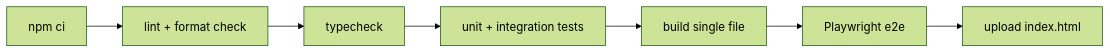
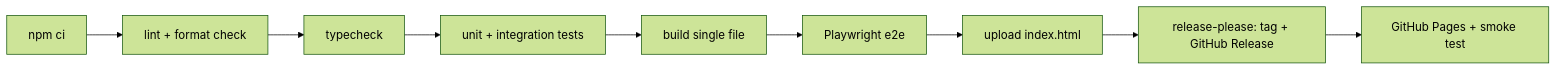
One commit to tdm00/jira-assignment-forecasting changed the diagram in docs/requirements/13-build-and-ci.md. Above: the diagram before and after it, drawn with Mermaid (forest theme). The commit also changed other lines of this file and 9 other files, not shown here.

First line of the commit message:
ci: adopt release-please, Pages deploy and rollback (#17)

````diff
--- a/docs/requirements/13-build-and-ci.md
+++ b/docs/requirements/13-build-and-ci.md
@@ -18,4 +21,4 @@
 ```mermaid
 flowchart LR
-  install["npm ci"] --> lint["lint + format check"] --> types["typecheck"] --> unit["unit + integration tests"] --> build["build single file"] --> e2e["Playwright e2e"] --> artifact["upload index.html"]
+  install["npm ci"] --> lint["lint + format check"] --> types["typecheck"] --> unit["unit + integration tests"] --> build["build single file"] --> e2e["Playwright e2e"] --> artifact["upload index.html"] --> release["release-please: tag + GitHub Release"] --> deploy["GitHub Pages + smoke test"]
 ```
````
